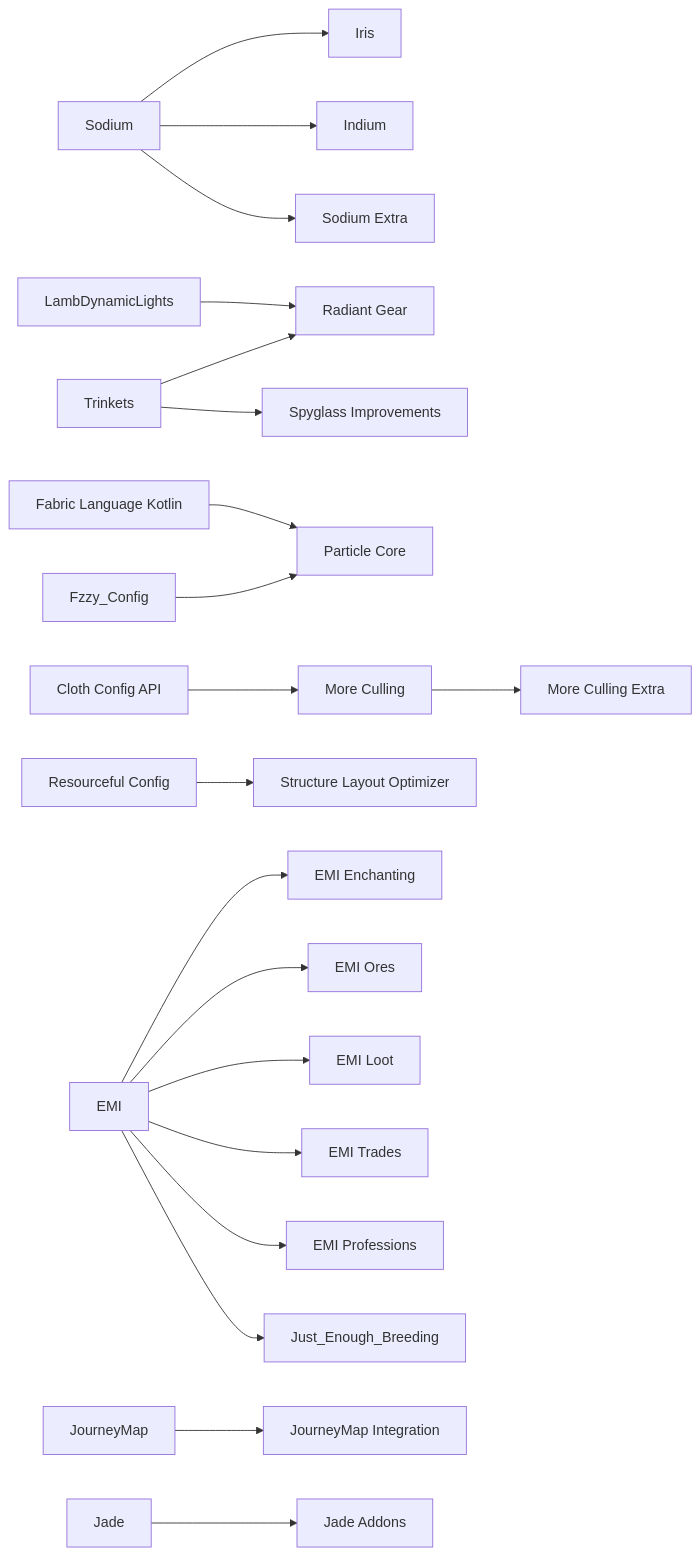
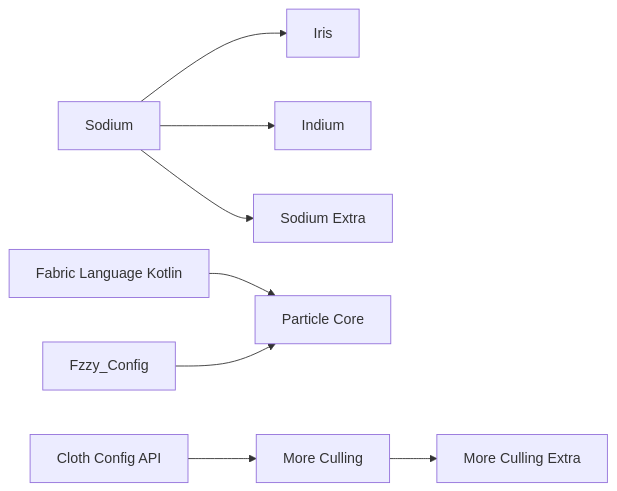
One commit to modding-mc/modpack-heavens-descent changed the first of 5 diagrams in docs/about/mod_table.md. Above: the diagram before and after it, drawn with Mermaid. The commit also changed other lines of this file and 31 other files, not shown here.

````diff
--- a/docs/about/mod_table.md
+++ b/docs/about/mod_table.md
@@ -110,30 +123,12 @@
 ```mermaid
 graph LR
     Sodium --> Iris
     Sodium --> Indium
     Sodium --> Sodium_Extra[Sodium Extra]
     
-    LambDynamicLights --> Radiant_Gear[Radiant Gear]
-    Trinkets --> Radiant_Gear
-    
-    Trinkets --> Spyglass_Improvements[Spyglass Improvements]
-    
     Fabric_Language_Kotlin[Fabric Language Kotlin] --> Particle_Core[Particle Core]
     Fzzy_Config --> Particle_Core
     
     Cloth_Config_API[Cloth Config API] --> More_Culling[More Culling]
     More_Culling --> More_Culling_Extra[More Culling Extra]
-    
-    Resourceful_Config[Resourceful Config] --> Structure_Layout_Optimizer[Structure Layout Optimizer]
-    
-    EMI --> EMI_Enchanting[EMI Enchanting]
-    EMI --> EMI_Ores[EMI Ores]
-    EMI --> EMI_Loot[EMI Loot]
-    EMI --> EMI_Trades[EMI Trades]
-    EMI --> EMI_Professions[EMI Professions]
-    EMI --> Just_Enough_Breeding[Just_Enough_Breeding]
-    
-    JourneyMap --> JourneyMap_Integration[JourneyMap Integration]
-    
-    Jade --> Jade_Addons[Jade Addons]
 ```
````
